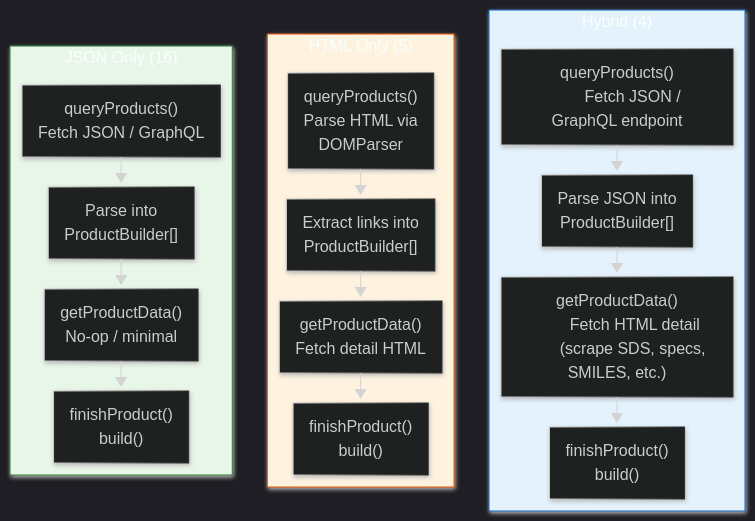
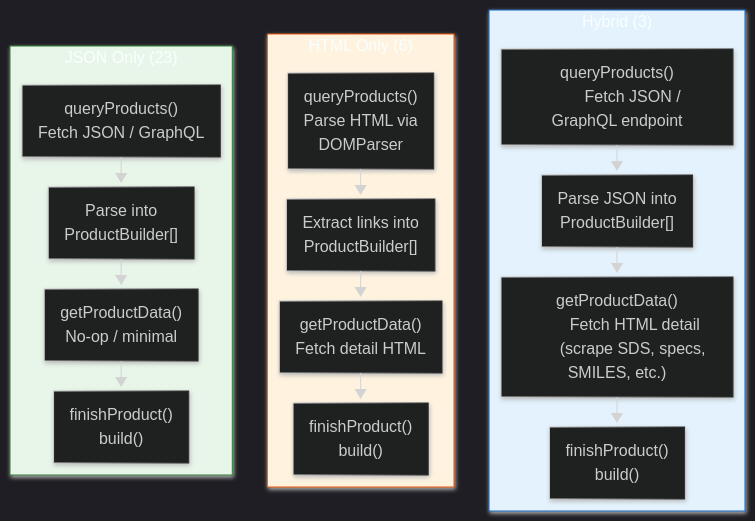
One commit to jhyland87/chem-pal changed the third of 5 diagrams in pages/diagrams/supplier-lifecycle.md. Above: the diagram before and after it, drawn with Mermaid. The commit also changed other lines of this file and 6 other files, not shown here.

````diff
--- a/pages/diagrams/supplier-lifecycle.md
+++ b/pages/diagrams/supplier-lifecycle.md
@@ -171,62 +184,62 @@
 ```mermaid
 ---
 config:
   layout: elk
   htmlLabels: true
   markdownAutoWrap: true
   look: neo
   theme: dark
   elk:
     mergeEdges: true
     nodePlacementStrategy: BRANDES_KOEPF
   flowchart:
     curve: basis
 ---
 flowchart LR
-    subgraph JSON["JSON Only (16)"]
+    subgraph JSON["JSON Only (23)"]
         direction TB
         J1["queryProducts()
         Fetch JSON / GraphQL"]
         J2["Parse into
         ProductBuilder[]"]
         J3["getProductData()
         No-op / minimal"]
         J4["finishProduct()
         build()"]
         J1 --> J2 --> J3 --> J4
     end
 
-    subgraph HTML["HTML Only (5)"]
+    subgraph HTML["HTML Only (6)"]
         direction TB
         H1["queryProducts()
         Parse HTML via
         DOMParser"]
         H2["Extract links into
         ProductBuilder[]"]
         H3["getProductData()
         Fetch detail HTML"]
         H4["finishProduct()
         build()"]
         H1 --> H2 --> H3 --> H4
     end
 
-    subgraph Hybrid["Hybrid (4)"]
+    subgraph Hybrid["Hybrid (3)"]
         direction TB
         HY1["queryProducts()
         Fetch JSON / GraphQL endpoint"]
         HY2["Parse JSON into
         ProductBuilder[]"]
         HY3["getProductData()
         Fetch HTML detail
         (scrape SDS, specs, SMILES, etc.)"]
         HY4["finishProduct()
         build()"]
         HY1 --> HY2 --> HY3 --> HY4
     end
 
     JSON ~~~ HTML ~~~ Hybrid
 
     style JSON fill:#e8f5e9,stroke:#2e7d32
     style HTML fill:#fff3e0,stroke:#e65100
     style Hybrid fill:#e3f2fd,stroke:#1565c0
 ```
````
